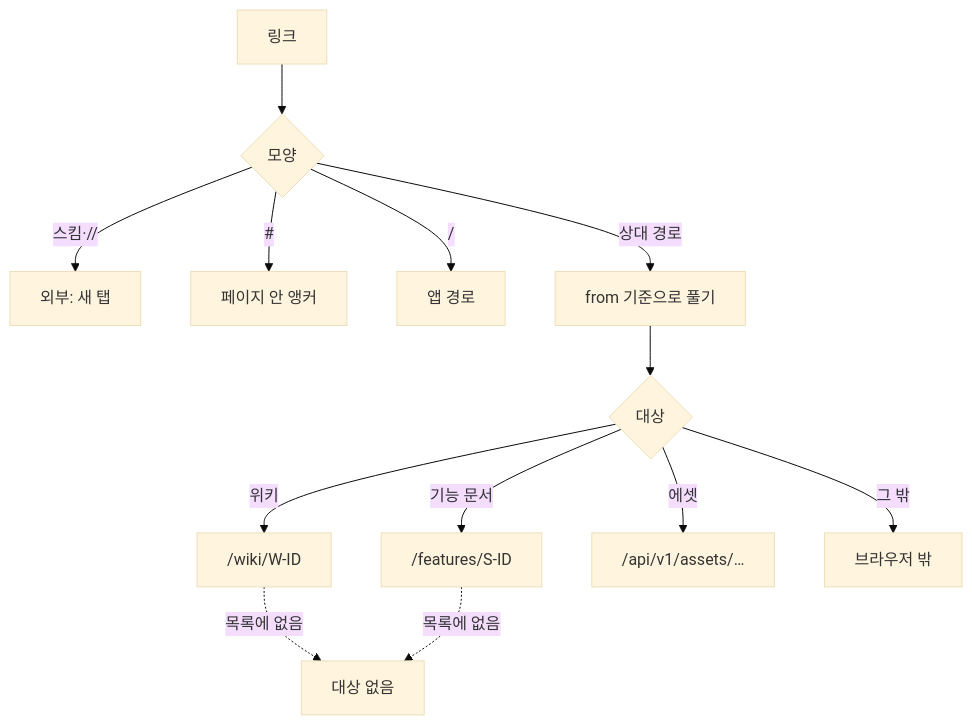
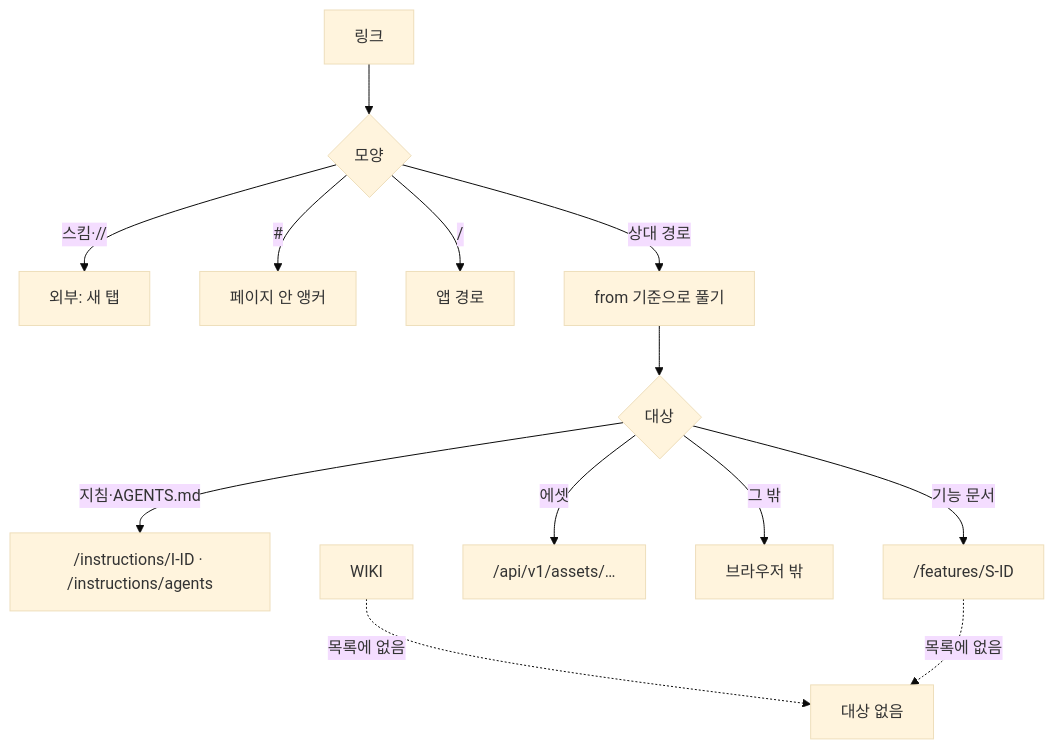
One commit to dev-goraebap/gitifact changed the second of 2 diagrams in .gitifact/spec/browser/design/document.md. Above: the diagram before and after it, drawn with Mermaid (base theme). The commit also changed other lines of this file and 97 other files, not shown here.

````diff
--- a/.gitifact/spec/browser/design/document.md
+++ b/.gitifact/spec/browser/design/document.md
@@ -85,14 +85,14 @@
 ```mermaid
 flowchart TD
   L["링크"] --> K{"모양"}
   K -->|"스킴·//"| EXT["외부: 새 탭"]
   K -->|"#"| ANC["페이지 안 앵커"]
   K -->|"/"| APP["앱 경로"]
   K -->|"상대 경로"| R["from 기준으로 풀기"]
   R --> T{"대상"}
-  T -->|"위키"| WIKI["/wiki/W-ID"]
+  T -->|"지침·AGENTS.md"| INS["/instructions/I-ID · /instructions/agents"]
   T -->|"기능 문서"| FEAT["/features/S-ID"]
   T -->|"에셋"| ASSET["/api/v1/assets/…"]
   T -->|"그 밖"| OUT["브라우저 밖"]
   WIKI & FEAT -.->|"목록에 없음"| MISS["대상 없음"]
 ```
````
